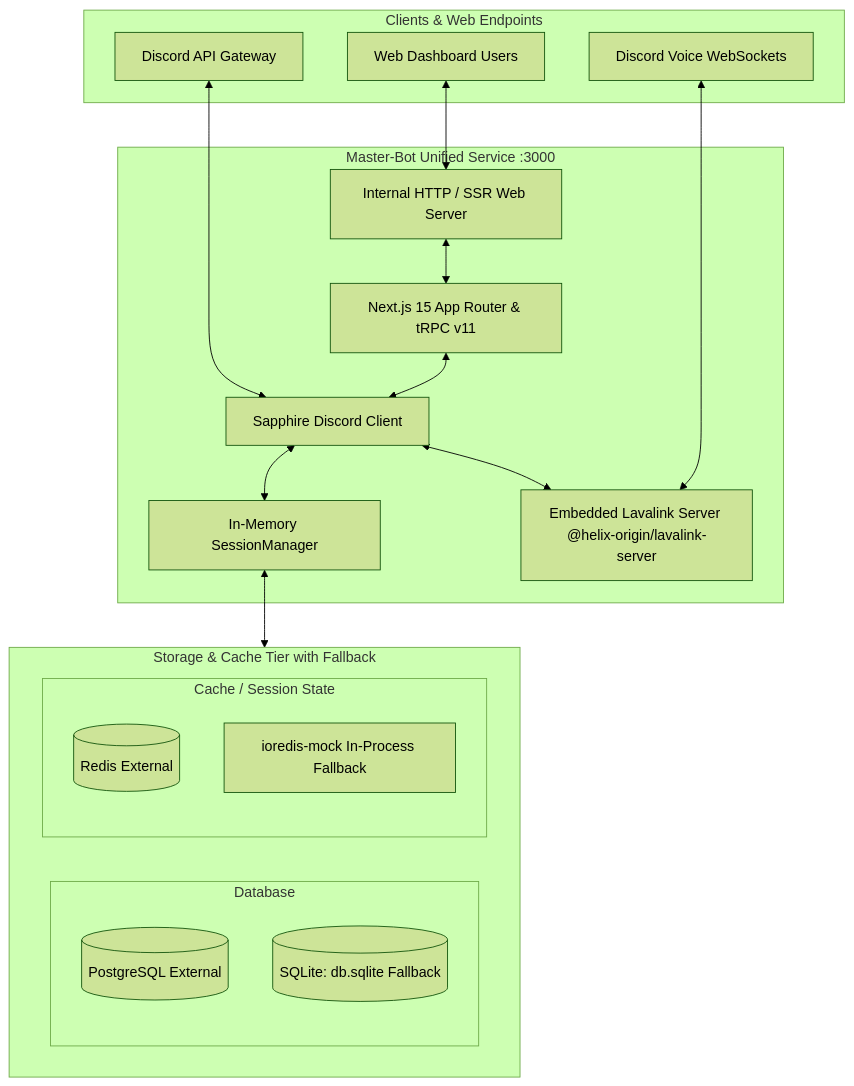
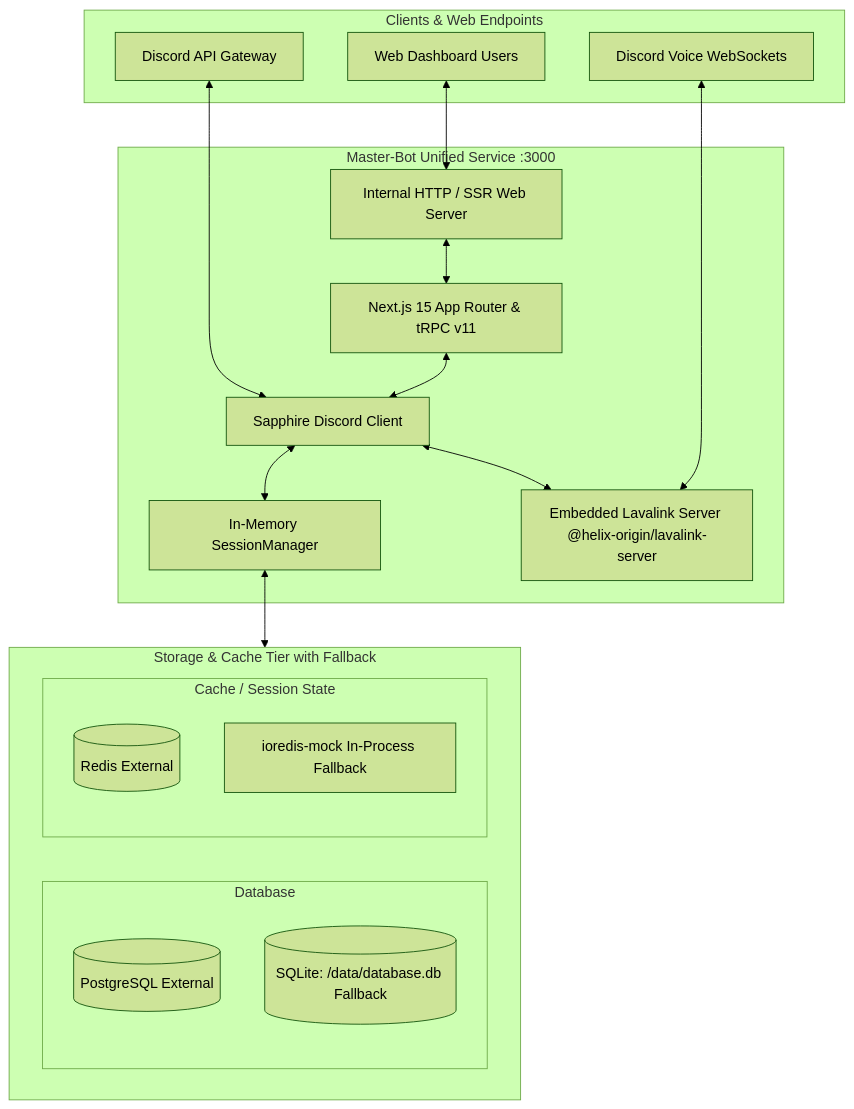
One commit to PhantomNimbi/Master-Bot changed the diagram in wiki/Home.md. Above: the diagram before and after it, drawn with Mermaid (forest theme). The commit also changed other lines of this file and 104 other files, not shown here.

````diff
--- a/wiki/Home.md
+++ b/wiki/Home.md
@@ -15,36 +15,36 @@
 ```mermaid
 flowchart TD
     subgraph Clients [Clients & Web Endpoints]
         DiscordGateway[Discord API Gateway]
         BrowserClients[Web Dashboard Users]
         VoiceGateway[Discord Voice WebSockets]
     end
 
     subgraph CoreService [Master-Bot Unified Service :3000]
         WebServer[Internal HTTP / SSR Web Server]
         BotClient[Sapphire Discord Client]
         DashboardApp[Next.js 15 App Router & tRPC v11]
         EmbeddedLavalink[Embedded Lavalink Server @helix-origin/lavalink-server]
         SessionMgr[In-Memory SessionManager]
     end
 
     subgraph DataStorage [Storage & Cache Tier with Fallback]
         subgraph DatabaseTier [Database]
             PG[(PostgreSQL External)]
-            SQLite[(SQLite: db.sqlite Fallback)]
+            SQLite[(SQLite: /data/database.db Fallback)]
         end
         subgraph CacheTier [Cache / Session State]
             ExtRedis[(Redis External)]
             MockRedis[ioredis-mock In-Process Fallback]
         end
     end
 
     DiscordGateway <--> BotClient
     BrowserClients <--> WebServer
     WebServer <--> DashboardApp
     DashboardApp <--> BotClient
     BotClient <--> SessionMgr
     SessionMgr <--> DataStorage
     BotClient <--> EmbeddedLavalink
     VoiceGateway <--> EmbeddedLavalink
 ```
````
